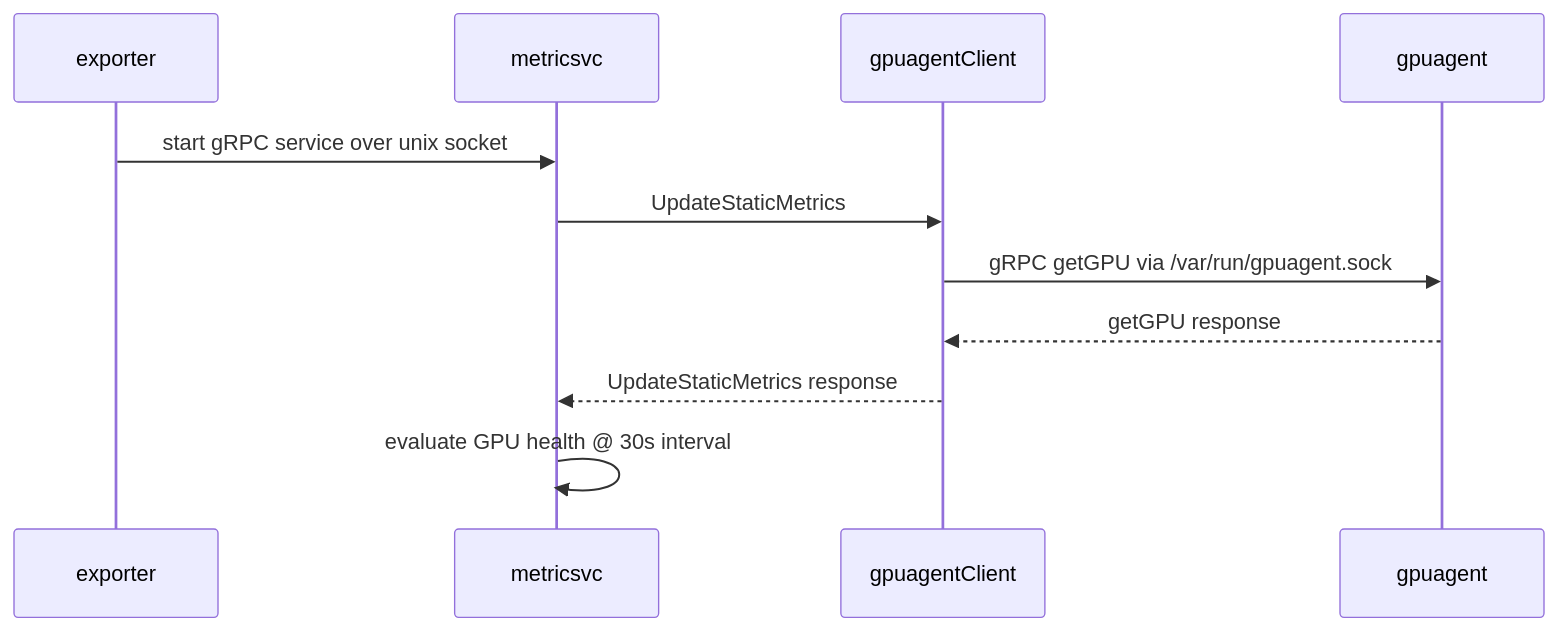
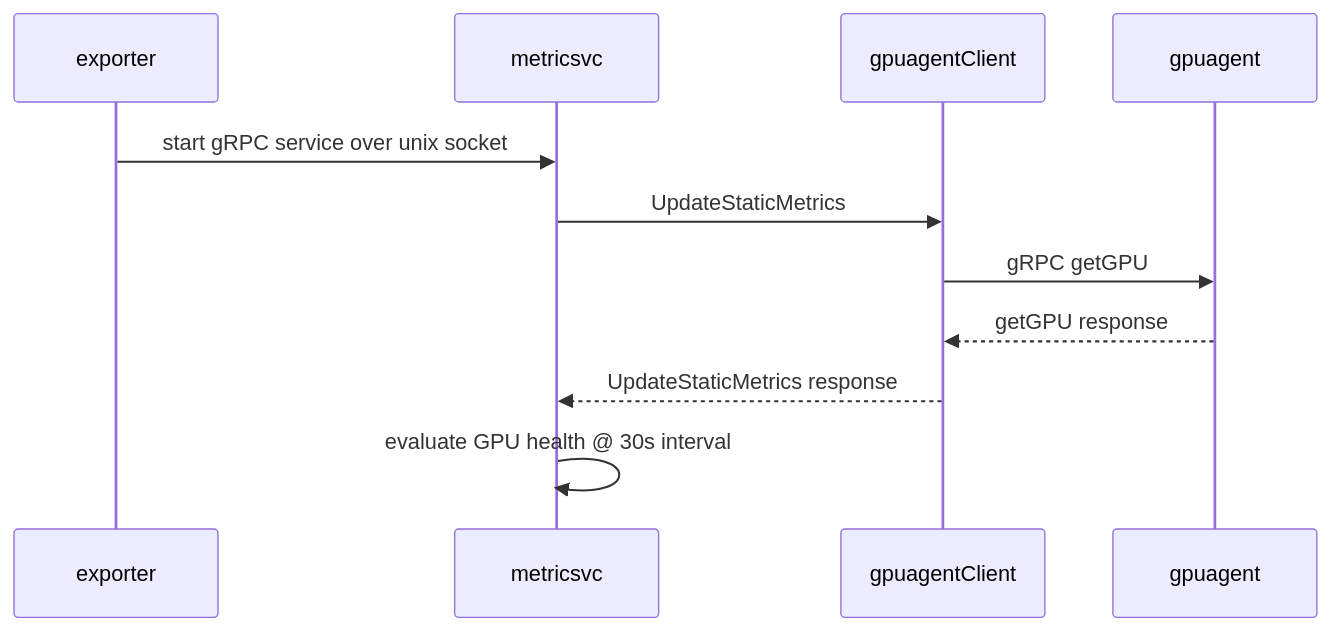
Before and after one commit to ROCm/device-metrics-exporter: the second of 3 diagrams in docs/developerguide.md, drawn with Mermaid. The commit also changed other lines of this file and 7 other files, not shown here.

````diff
--- a/docs/developerguide.md
+++ b/docs/developerguide.md
@@ -214,9 +200,9 @@
 ```mermaid
 sequenceDiagram
-    exporter ->> metricsvc : start gRPC service over unix socket
+    exporter ->> metricsvc : start  gRPC service over unix socket
     metricsvc ->> gpuagentClient : UpdateStaticMetrics
-    gpuagentClient ->> gpuagent : gRPC getGPU via /var/run/gpuagent.sock
+    gpuagentClient ->> gpuagent : gRPC getGPU
     gpuagent -->> gpuagentClient : getGPU response
     gpuagentClient -->> metricsvc : UpdateStaticMetrics response
     metricsvc ->> metricsvc : evaluate GPU health @ 30s interval
 ```
````
